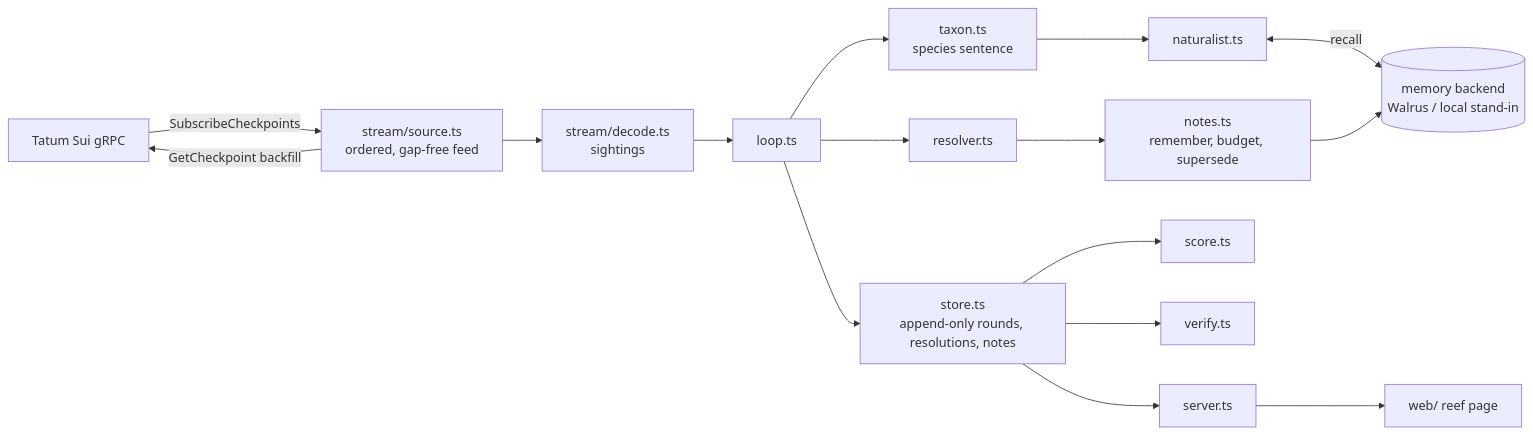
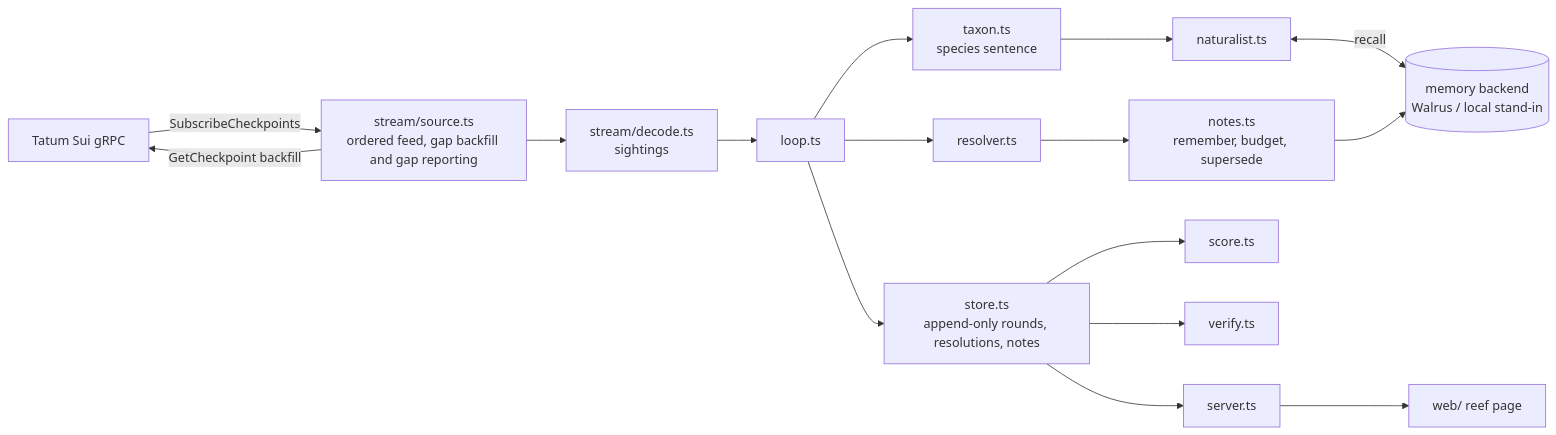
Before and after one commit to edycutjong/rimba: the diagram in ARCHITECTURE.md, drawn with Mermaid. The commit also changed other lines of this file and 2 other files, not shown here.

````diff
--- a/ARCHITECTURE.md
+++ b/ARCHITECTURE.md
@@ -7,18 +7,18 @@
 ```mermaid
 flowchart LR
-  T[Tatum Sui gRPC] -->|SubscribeCheckpoints| SRC[stream/source.ts<br/>ordered, gap-free feed]
+  T[Tatum Sui gRPC] -->|SubscribeCheckpoints| SRC[stream/source.ts<br/>ordered feed, gap backfill and gap reporting]
   SRC -->|GetCheckpoint backfill| T
   SRC --> DEC[stream/decode.ts<br/>sightings]
   DEC --> LOOP[loop.ts]
   LOOP --> TAX[taxon.ts<br/>species sentence]
   TAX --> NAT[naturalist.ts]
   NAT <-->|recall| MEM[(memory backend<br/>Walrus / local stand-in)]
   LOOP --> RES[resolver.ts]
   RES --> NOTES[notes.ts<br/>remember, budget, supersede]
   NOTES --> MEM
   LOOP --> STORE[store.ts<br/>append-only rounds, resolutions, notes]
   STORE --> SCORE[score.ts]
   STORE --> VER[verify.ts]
   STORE --> SRV[server.ts]
   SRV --> WEB[web/ reef page]
 ```
````
